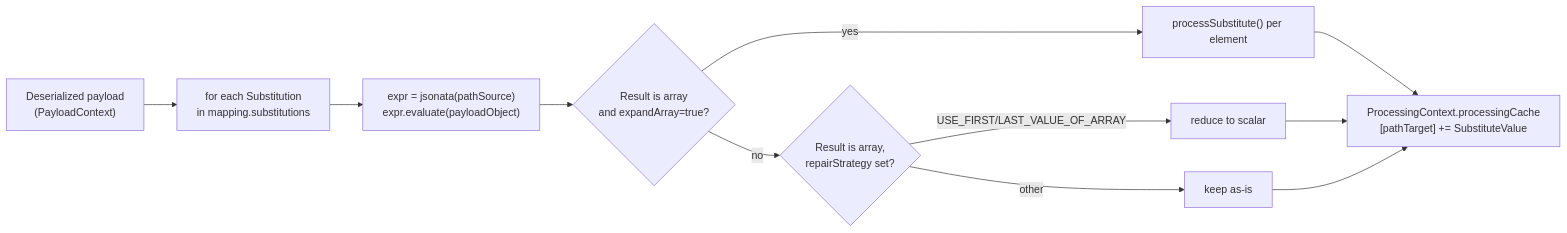
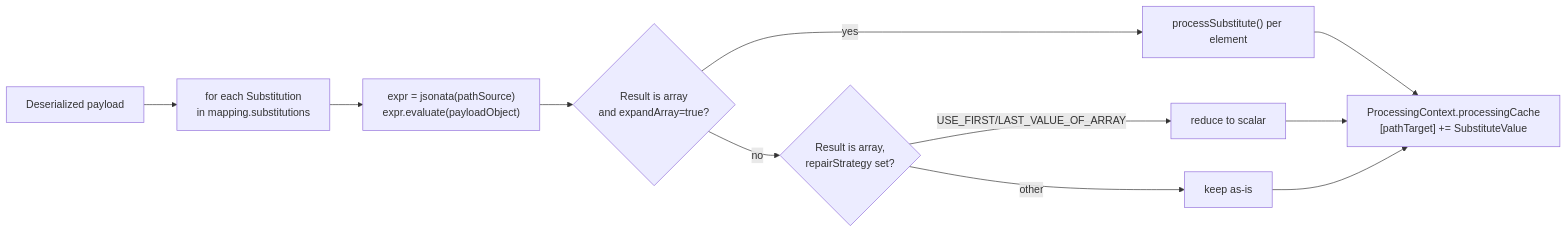
The diagram in docs/feature/transformation-jsonata.md (Cumulocity-IoT/cumulocity-dynamic-mapper), drawn with Mermaid before and after one commit. The commit also changed 188 other files, not shown here.

````diff
--- a/docs/feature/transformation-jsonata.md
+++ b/docs/feature/transformation-jsonata.md
@@ -46,13 +46,13 @@
 ```mermaid
 flowchart LR
-    payload["Deserialized payload\n(PayloadContext)"] --> loop["for each Substitution\nin mapping.substitutions"]
+    payload["Deserialized payload"] --> loop["for each Substitution\nin mapping.substitutions"]
     loop --> extract["expr = jsonata(pathSource)\nexpr.evaluate(payloadObject)"]
     extract --> arr{"Result is array\nand expandArray=true?"}
     arr -- yes --> iter["processSubstitute() per element"]
     arr -- no --> repair{"Result is array,\nrepairStrategy set?"}
     repair -- USE_FIRST/LAST_VALUE_OF_ARRAY --> reduce["reduce to scalar"]
     repair -- other --> keep["keep as-is"]
     iter --> cache["ProcessingContext.processingCache\n[pathTarget] += SubstituteValue"]
     reduce --> cache
     keep --> cache
 ```
````
